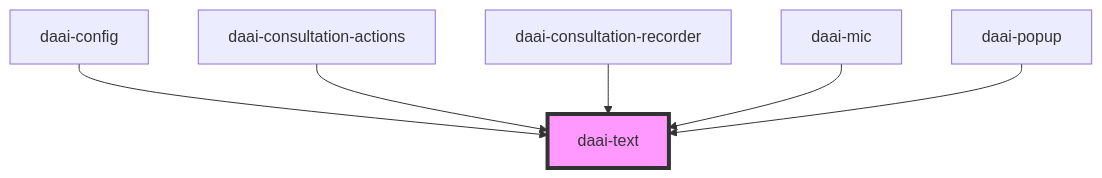
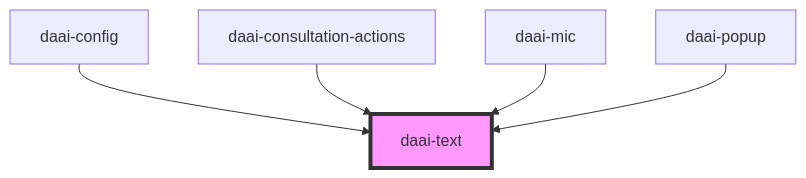
One commit to doctor-assistant/web-components changed the diagram in src/components/atoms/text/readme.md. Above: the diagram before and after it, drawn with Mermaid. The commit also changed other lines of this file and 4 other files, not shown here.

````diff
--- a/src/components/atoms/text/readme.md
+++ b/src/components/atoms/text/readme.md
@@ -27,9 +26,8 @@
 ```mermaid
 graph TD;
   daai-config --> daai-text
   daai-consultation-actions --> daai-text
-  daai-consultation-recorder --> daai-text
   daai-mic --> daai-text
   daai-popup --> daai-text
   style daai-text fill:#f9f,stroke:#333,stroke-width:4px
 ```
````
